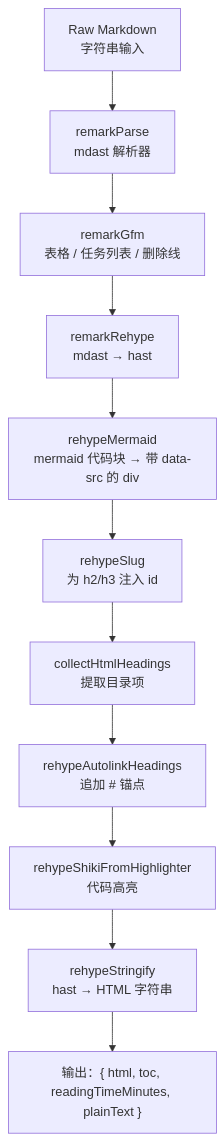
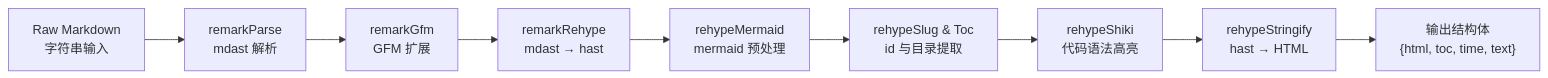
One commit to MoreConsequence/MoreConsequence.github.io changed the third of 7 diagrams in content/posts/distributed-systems/inside-my-markdown-blog-architecture.md. Above: the diagram before and after it, drawn with Mermaid. The commit also changed other lines of this file and 835 other files, not shown here.

First line of the commit message:
feat(blog): 全站33篇新增深度专栏与博文全量审核上线及矢量图表优化

````diff
--- a/content/posts/distributed-systems/inside-my-markdown-blog-architecture.md
+++ b/content/posts/distributed-systems/inside-my-markdown-blog-architecture.md
@@ -99,13 +99,11 @@
 ```mermaid
-flowchart TB
-    MD["Raw Markdown<br/>字符串输入"] --> R1["remarkParse<br/>mdast 解析器"]
-    R1 --> R2["remarkGfm<br/>表格 / 任务列表 / 删除线"]
+flowchart LR
+    MD["Raw Markdown<br/>字符串输入"] --> R1["remarkParse<br/>mdast 解析"]
+    R1 --> R2["remarkGfm<br/>GFM 扩展"]
     R2 --> R3["remarkRehype<br/>mdast → hast"]
-    R3 --> R4["rehypeMermaid<br/>mermaid 代码块 → 带 data-src 的 div"]
-    R4 --> R5["rehypeSlug<br/>为 h2/h3 注入 id"]
-    R5 --> R6["collectHtmlHeadings<br/>提取目录项"]
-    R6 --> R7["rehypeAutolinkHeadings<br/>追加 # 锚点"]
-    R7 --> R8["rehypeShikiFromHighlighter<br/>代码高亮"]
-    R8 --> R9["rehypeStringify<br/>hast → HTML 字符串"]
-    R9 --> OUT["输出：{ html, toc, readingTimeMinutes, plainText }"]
+    R3 --> R4["rehypeMermaid<br/>mermaid 预处理"]
+    R4 --> R5["rehypeSlug & Toc<br/>id 与目录提取"]
+    R5 --> R7["rehypeShiki<br/>代码语法高亮"]
+    R7 --> R9["rehypeStringify<br/>hast → HTML"]
+    R9 --> OUT["输出结构体<br/>{html, toc, time, text}"]
 ```
````
